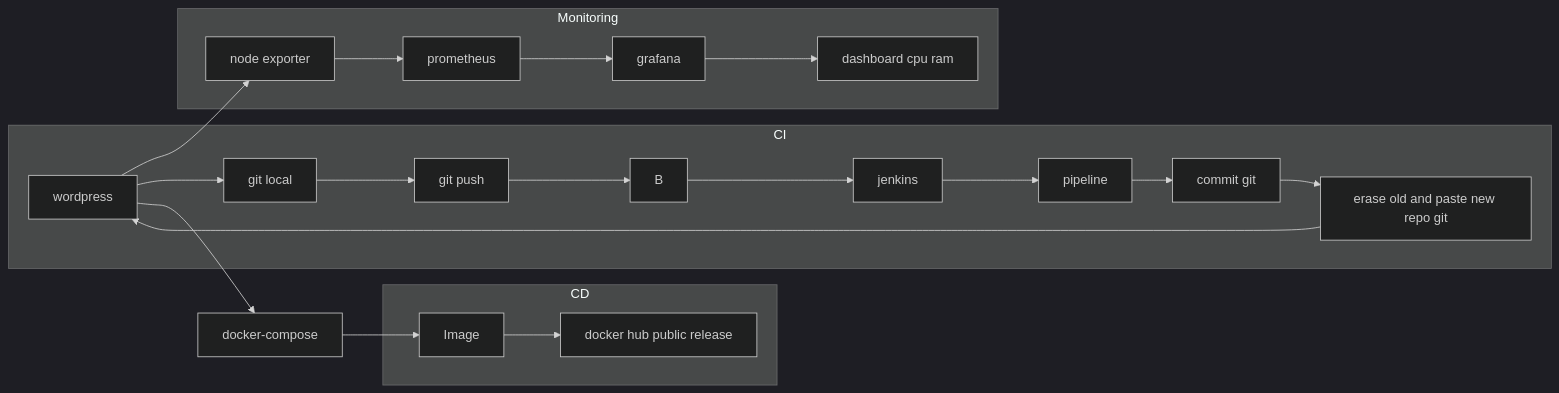
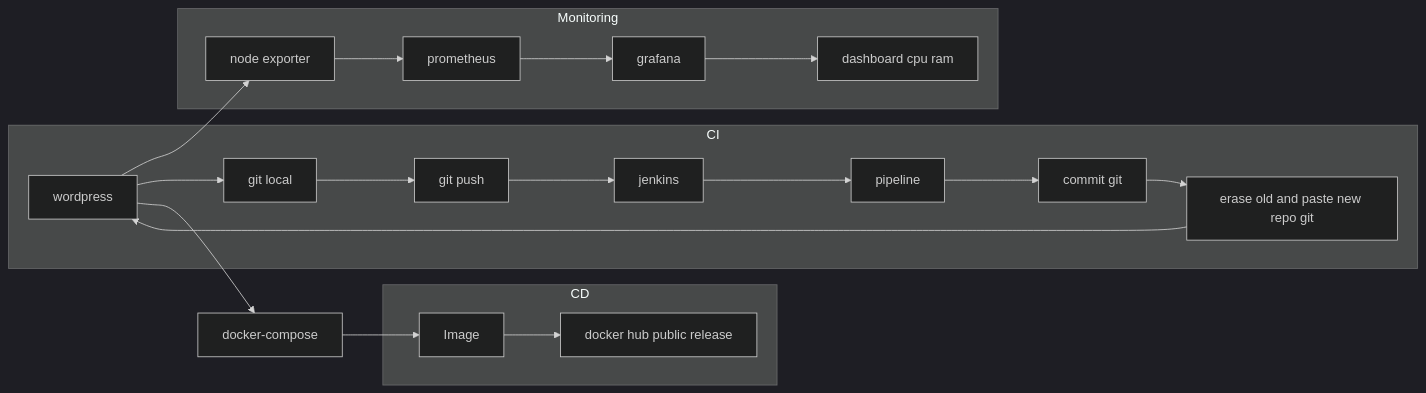
Before and after one commit to DanyAAD90/CICD_complete_from_scratch: the diagram in README.md, drawn with Mermaid (dark theme).

````diff
--- a/README.md
+++ b/README.md
@@ -5,24 +5,23 @@
 ```mermaid
 flowchart LR
 A[wordpress] --> G[node exporter]
 subgraph CI
 A --> O[git local]
 O --> P[git push]
-P --> B
-B --> K[jenkins]
+P --> K[jenkins]
 K --> L[pipeline]
 L --> M[commit git]
 M --> N[erase old and paste new repo git]
 N --> A
 end
 subgraph Monitoring
 G --> H[prometheus]
 H --> I[grafana]
 I --> J[dashboard cpu ram]
 end
 A --> D[docker-compose]
 D --> E[Image]
 subgraph CD
 E --> F[docker hub public release]
 end
 ```
````
